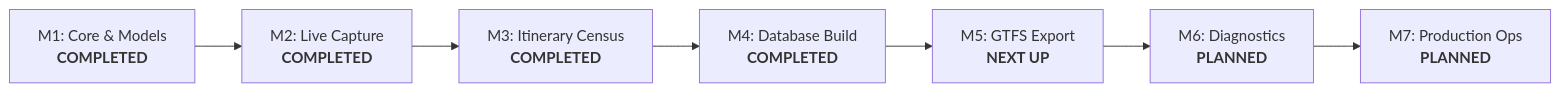
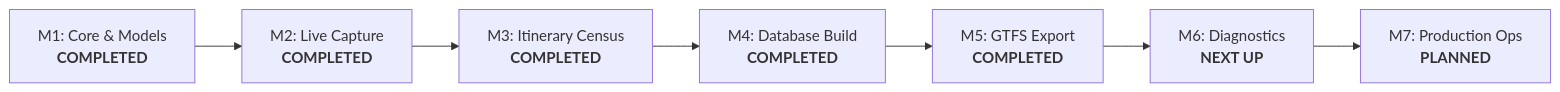
The diagram in docs/milestones.md (open-krl/pipeline), drawn with Mermaid before and after one commit. The commit also changed other lines of this file and 20 other files, not shown here.

First line of the commit message:
feat(export): implement stage 4 GTFS export pipeline and release gates

````diff
--- a/docs/milestones.md
+++ b/docs/milestones.md
@@ -9,9 +9,9 @@
 ```mermaid
 flowchart LR
     M1["M1: Core & Models<br/><b>COMPLETED</b>"] --> M2["M2: Live Capture<br/><b>COMPLETED</b>"]
     M2 --> M3["M3: Itinerary Census<br/><b>COMPLETED</b>"]
     M3 --> M4["M4: Database Build<br/><b>COMPLETED</b>"]
-    M4 --> M5["M5: GTFS Export<br/><b>NEXT UP</b>"]
-    M5 --> M6["M6: Diagnostics<br/><b>PLANNED</b>"]
+    M4 --> M5["M5: GTFS Export<br/><b>COMPLETED</b>"]
+    M5 --> M6["M6: Diagnostics<br/><b>NEXT UP</b>"]
     M6 --> M7["M7: Production Ops<br/><b>PLANNED</b>"]
 ```
````
